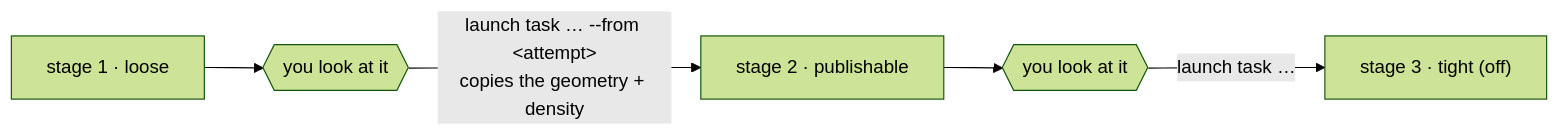
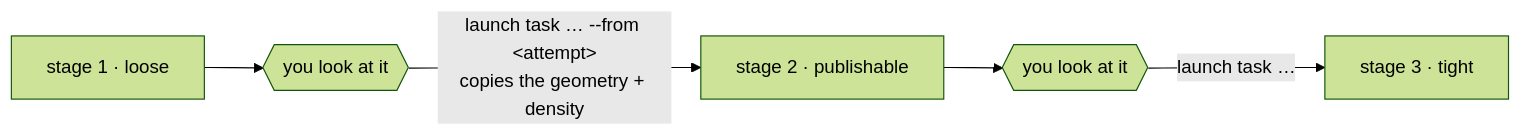
The fourth of 4 diagrams in docs/engines/tuning.md (Qing-LAB/molbuilder), drawn with Mermaid (forest theme) before and after one commit. The commit also changed other lines of this file and 71 other files, not shown here.

````diff
--- a/docs/engines/tuning.md
+++ b/docs/engines/tuning.md
@@ -920,6 +890,6 @@
 ```mermaid
 flowchart LR
     S1["stage 1 · loose"] --> L1{{"you look at it"}}
     L1 -->|"launch task … --from &lt;attempt&gt;<br/>copies the geometry + density"| S2["stage 2 · publishable"]
-    S2 --> L2{{"you look at it"}} -->|"launch task …"| S3["stage 3 · tight (off)"]
+    S2 --> L2{{"you look at it"}} -->|"launch task …"| S3["stage 3 · tight"]
 ```
````
